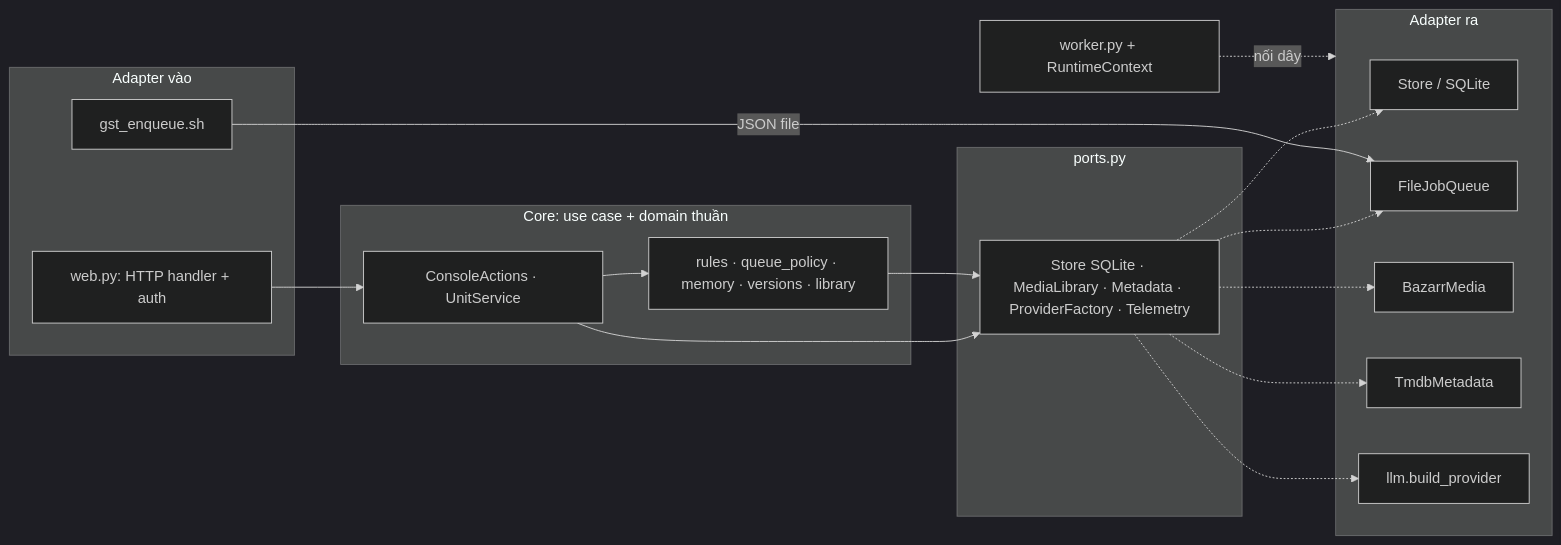
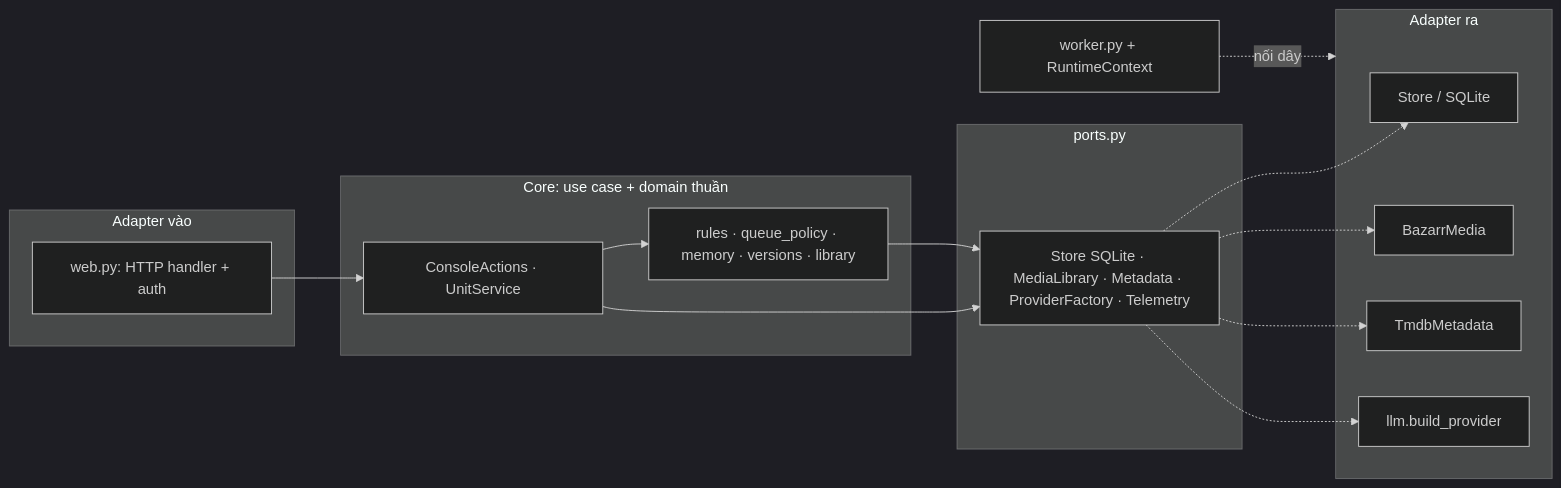
One commit to tamvcspk/llm-subtitle-translator changed the second of 4 diagrams in docs/design/ARCHITECTURE.md. Above: the diagram before and after it, drawn with Mermaid (dark theme). The commit also changed other lines of this file and 12 other files, not shown here.

````diff
--- a/docs/design/ARCHITECTURE.md
+++ b/docs/design/ARCHITECTURE.md
@@ -441,28 +437,25 @@
 ```mermaid
 flowchart LR
   subgraph IN[Adapter vào]
     WEB[web.py: HTTP handler + auth]
-    SH[gst_enqueue.sh]
   end
   subgraph CORE[Core: use case + domain thuần]
     UC[ConsoleActions · UnitService]
     DOM[rules · queue_policy · memory · versions · library]
   end
   subgraph PORTS[ports.py]
     P[Store SQLite · MediaLibrary · Metadata · ProviderFactory · Telemetry]
   end
   subgraph OUT[Adapter ra]
     ST[Store / SQLite]
-    FQ[FileJobQueue]
     BZ[BazarrMedia]
     TM[TmdbMetadata]
     LL[llm.build_provider]
   end
   WEB --> UC
   UC --> DOM
   UC --> P
   DOM --> P
-  P -.-> ST & FQ & BZ & TM & LL
-  SH -->|JSON file| FQ
+  P -.-> ST & BZ & TM & LL
   ROOT[worker.py + RuntimeContext] -. nối dây .-> OUT
 ```
````
